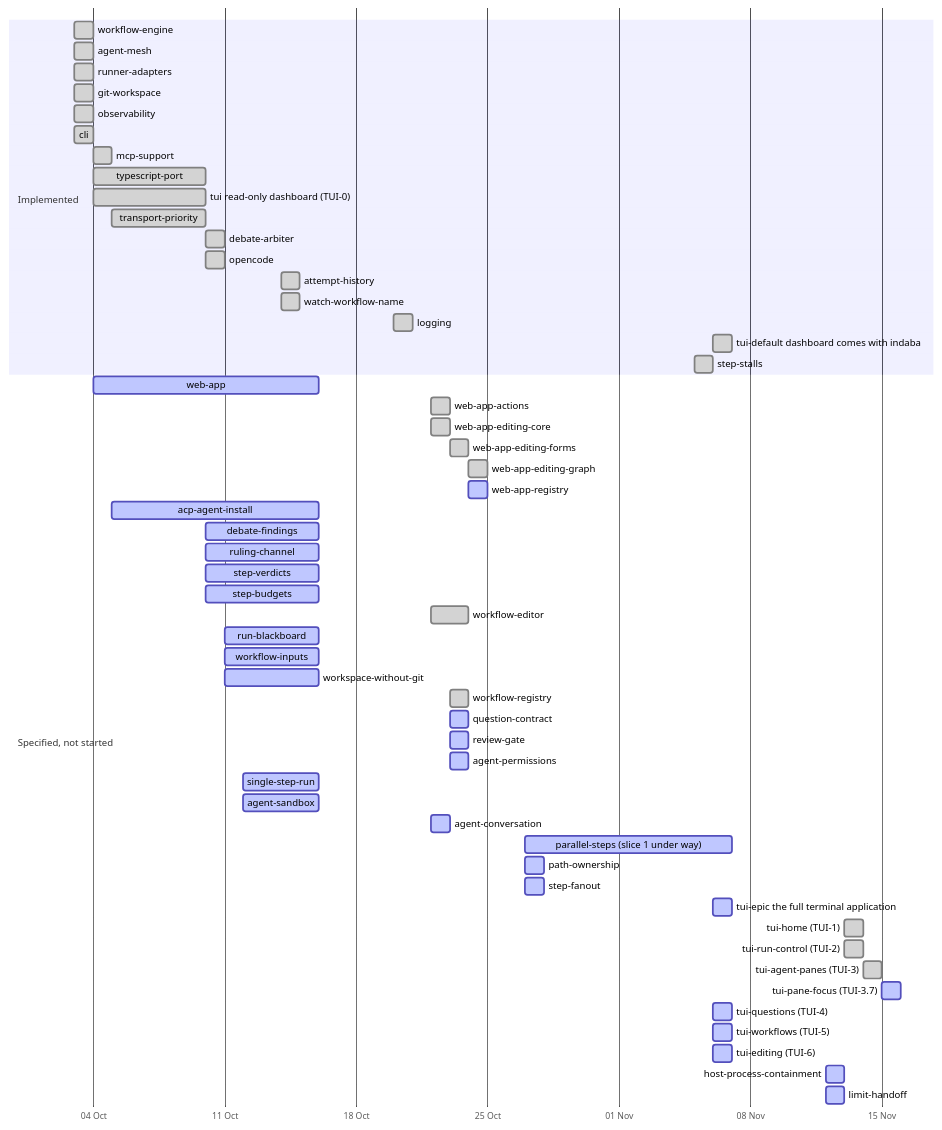
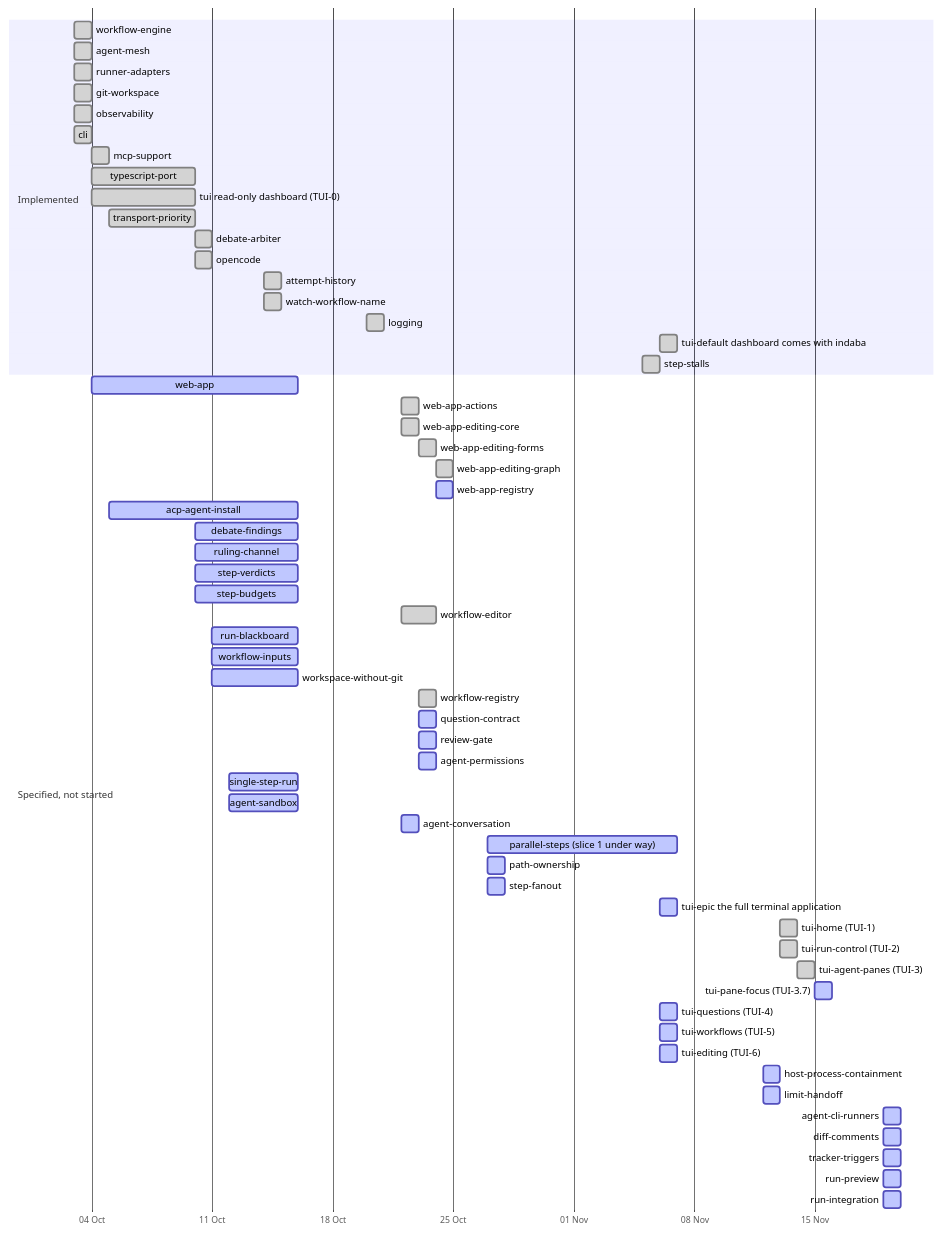
The second of 4 diagrams in specs/DEPENDENCY_MAP.md (yaotzin1/indaba), drawn with Mermaid before and after one commit. The commit also changed other lines of this file and 15 other files, not shown here.

````diff
--- a/specs/DEPENDENCY_MAP.md
+++ b/specs/DEPENDENCY_MAP.md
@@ -71,59 +71,64 @@
 ```mermaid
 gantt
     dateFormat YYYY-MM-DD
     axisFormat %d %b
     section Implemented
     workflow-engine        :done, 2026-10-03, 2026-10-04
     agent-mesh             :done, 2026-10-03, 2026-10-04
     runner-adapters        :done, 2026-10-03, 2026-10-04
     git-workspace          :done, 2026-10-03, 2026-10-04
     observability          :done, 2026-10-03, 2026-10-04
     cli                    :done, 2026-10-03, 2026-10-04
     mcp-support            :done, 2026-10-04, 1d
     typescript-port        :done, 2026-10-04, 2026-10-10
     tui read-only dashboard (TUI-0) :done, 2026-10-04, 2026-10-10
     transport-priority     :done, 2026-10-05, 2026-10-10
     debate-arbiter         :done, 2026-10-10, 1d
     opencode               :done, 2026-10-10, 1d
     attempt-history        :done, 2026-10-14, 1d
     watch-workflow-name    :done, 2026-10-14, 1d
     logging                :done, 2026-10-20, 2026-10-21
     tui-default dashboard comes with indaba :done, 2026-11-06, 1d
     step-stalls            :done, 2026-11-05, 2026-11-06
     section Specified, not started
     web-app                :active, 2026-10-04, 2026-10-16
     web-app-actions        :done, 2026-10-22, 1d
     web-app-editing-core   :done, 2026-10-22, 1d
     web-app-editing-forms  :done, 2026-10-23, 1d
     web-app-editing-graph  :done, 2026-10-24, 1d
     web-app-registry       :active, 2026-10-24, 1d
     acp-agent-install      :active, 2026-10-05, 2026-10-16
     debate-findings        :active, 2026-10-10, 2026-10-16
     ruling-channel         :active, 2026-10-10, 2026-10-16
     step-verdicts          :active, 2026-10-10, 2026-10-16
     step-budgets           :active, 2026-10-10, 2026-10-16
     workflow-editor        :done, 2026-10-22, 2d
     run-blackboard         :active, 2026-10-11, 2026-10-16
     workflow-inputs        :active, 2026-10-11, 2026-10-16
     workspace-without-git  :active, 2026-10-11, 2026-10-16
     workflow-registry      :done, 2026-10-23, 1d
     question-contract      :active, 2026-10-23, 2026-10-24
     review-gate            :active, 2026-10-23, 2026-10-24
     agent-permissions      :active, 2026-10-23, 2026-10-24
     single-step-run        :active, 2026-10-12, 2026-10-16
     agent-sandbox          :active, 2026-10-12, 2026-10-16
     agent-conversation     :active, 2026-10-22, 2026-10-23
     parallel-steps (slice 1 under way) :active, 2026-10-27, 2026-11-07
     path-ownership         :active, 2026-10-27, 1d
     step-fanout            :active, 2026-10-27, 1d
     tui-epic the full terminal application :active, 2026-11-06, 1d
     tui-home (TUI-1)       :done, 2026-11-13, 1d
     tui-run-control (TUI-2) :done, 2026-11-13, 1d
     tui-agent-panes (TUI-3) :done, 2026-11-14, 1d
     tui-pane-focus (TUI-3.7) :active, 2026-11-15, 1d
     tui-questions (TUI-4)  :active, 2026-11-06, 1d
     tui-workflows (TUI-5)  :active, 2026-11-06, 1d
     tui-editing (TUI-6)    :active, 2026-11-06, 1d
     host-process-containment :active, 2026-11-12, 1d
     limit-handoff            :active, 2026-11-12, 1d
+    agent-cli-runners        :active, 2026-11-19, 1d
+    diff-comments            :active, 2026-11-19, 1d
+    tracker-triggers         :active, 2026-11-19, 1d
+    run-preview              :active, 2026-11-19, 1d
+    run-integration          :active, 2026-11-19, 1d
 ```
````
